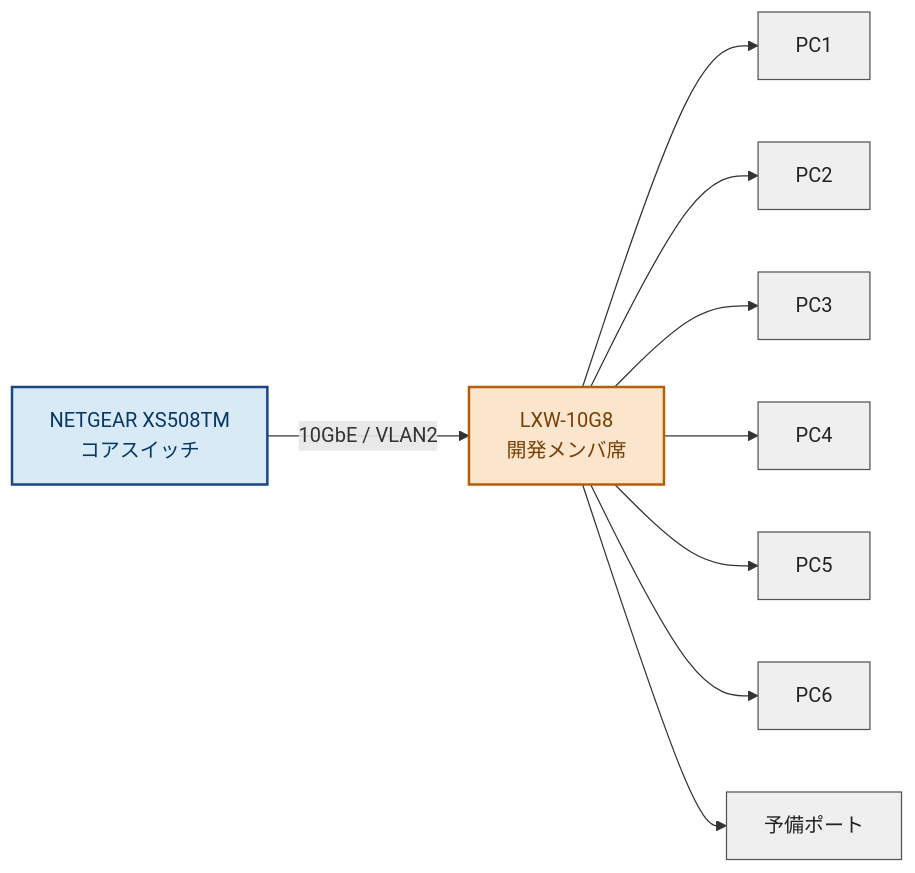
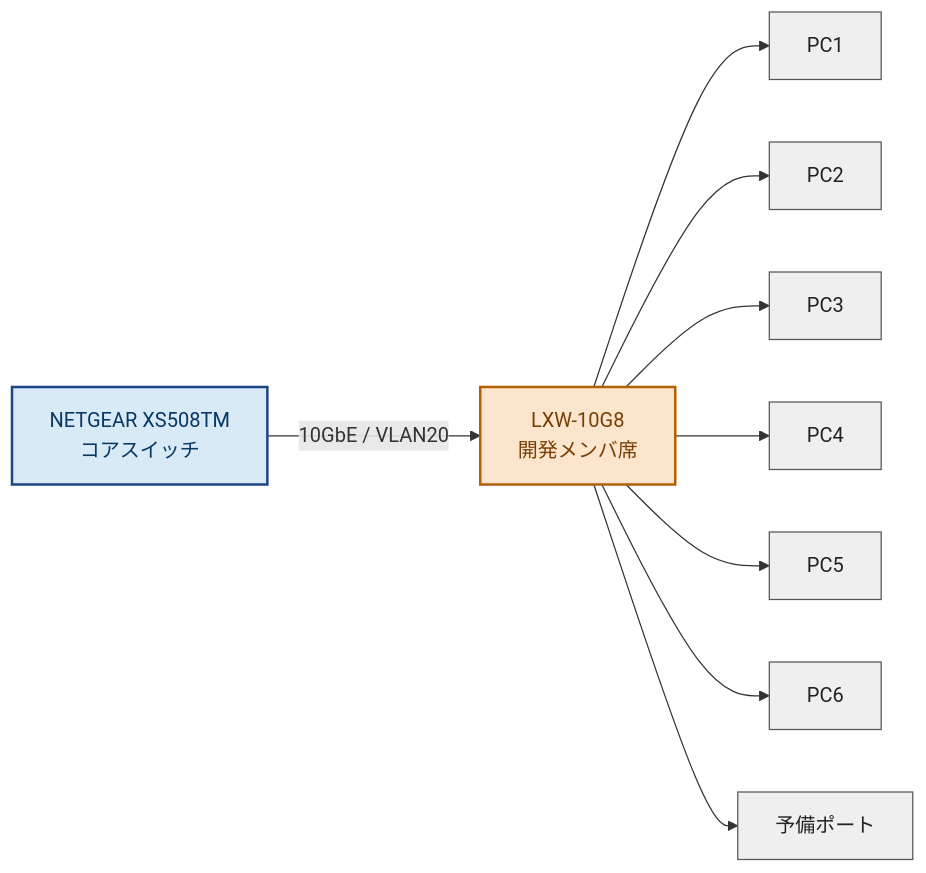
The second of 4 diagrams in 02_Note/社内ネットワーク更改/社内LANネットワーク設定.md (yohira-repo/Obsidian-Vault), drawn with Mermaid before and after one commit. The commit also changed other lines of this file and 22 other files, not shown here.

````diff
--- a/02_Note/社内ネットワーク更改/社内LANネットワーク設定.md
+++ b/02_Note/社内ネットワーク更改/社内LANネットワーク設定.md
@@ -273,25 +277,25 @@
 ```mermaid
 flowchart LR
     classDef core fill:#d9eaf7,stroke:#1c4587,stroke-width:2px,color:#073763;
     classDef vlan2 fill:#fce5cd,stroke:#b45f06,stroke-width:2px,color:#783f04;
     classDef device fill:#efefef,stroke:#555555,stroke-width:1px,color:#222222;
 
     CORE["NETGEAR XS508TM\nコアスイッチ"]:::core
     SW["LXW-10G8\n開発メンバ席"]:::vlan2
     PC1["PC1"]:::device
     PC2["PC2"]:::device
     PC3["PC3"]:::device
     PC4["PC4"]:::device
     PC5["PC5"]:::device
     PC6["PC6"]:::device
     SPARE["予備ポート"]:::device
 
-    CORE -- "10GbE / VLAN2" --> SW
+    CORE -- "10GbE / VLAN20" --> SW
     SW --> PC1
     SW --> PC2
     SW --> PC3
     SW --> PC4
     SW --> PC5
     SW --> PC6
     SW --> SPARE
 ```
````
